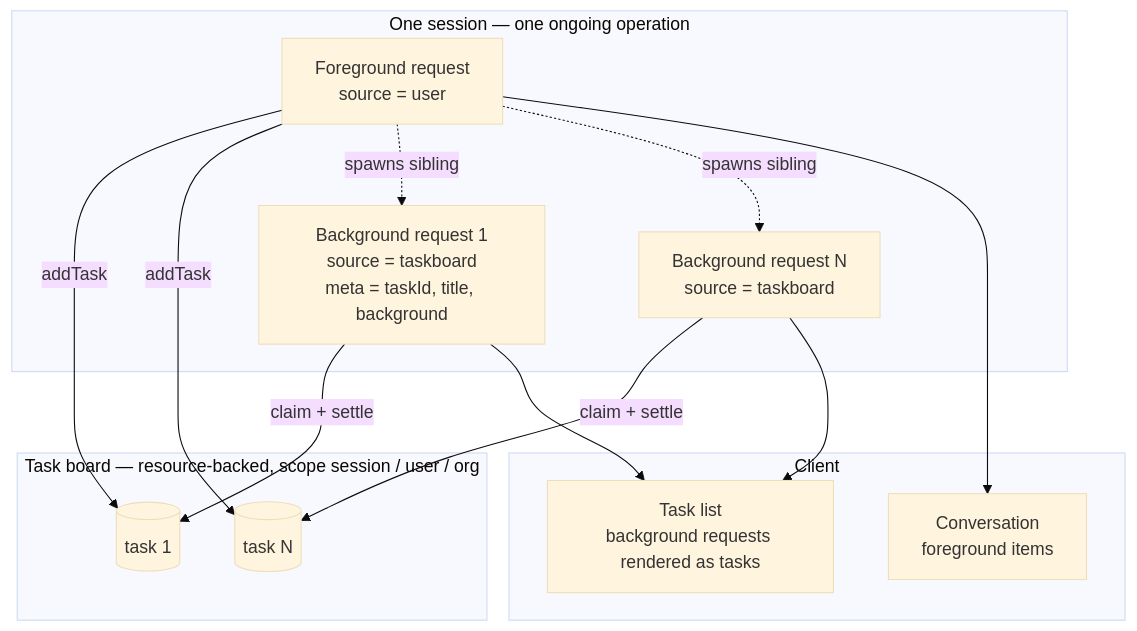
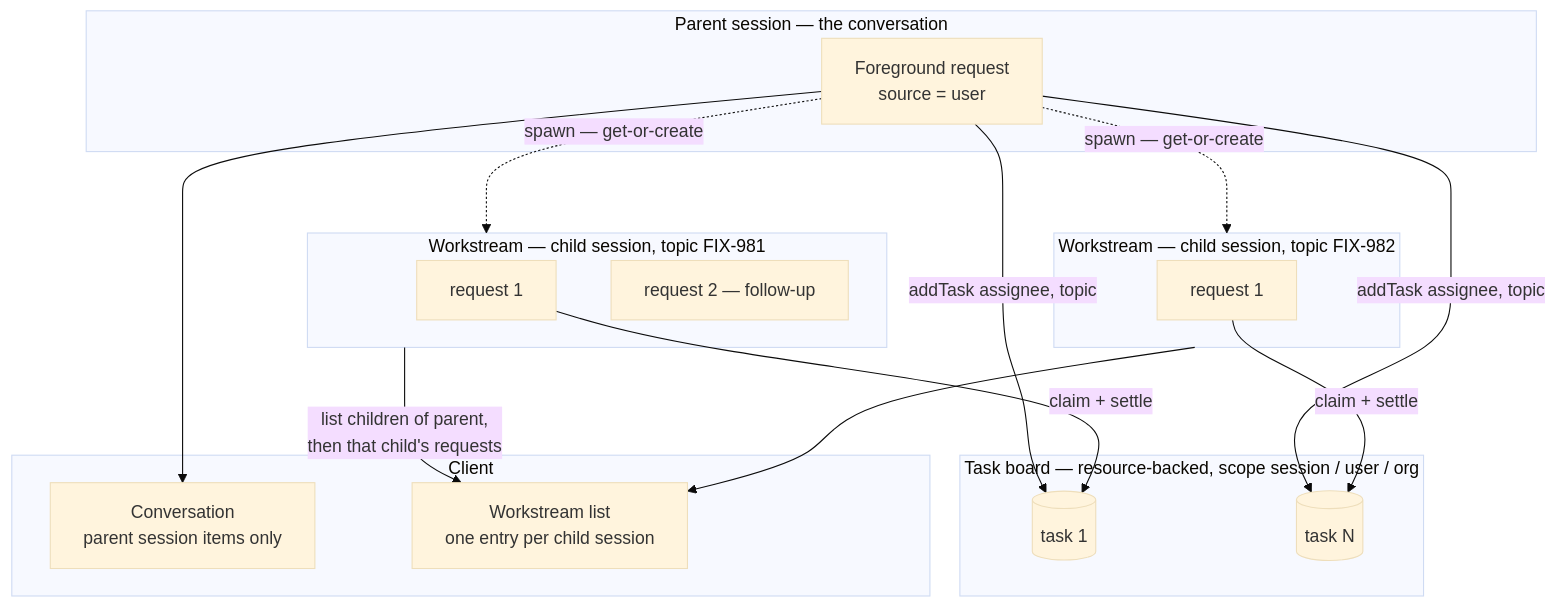
One commit to fixpoint-labs/flow-state-dev changed the second of 2 diagrams in docs/specs/_epics/durable-jobs.md. Above: the diagram before and after it, drawn with Mermaid (base theme). The commit also changed other lines of this file and 1 other file, not shown here.

````diff
--- a/docs/specs/_epics/durable-jobs.md
+++ b/docs/specs/_epics/durable-jobs.md
@@ -1036,25 +1050,30 @@
 ```mermaid
 flowchart TB
-  subgraph S["One session — one ongoing operation"]
+  subgraph S["Parent session — the conversation"]
     FG["Foreground request<br/>source = user"]
-    BG1["Background request 1<br/>source = taskboard<br/>meta = taskId, title, background"]
-    BGN["Background request N<br/>source = taskboard"]
+  end
+  subgraph W1["Workstream — child session, topic FIX-981"]
+    R1["request 1"]
+    R1B["request 2 — follow-up"]
+  end
+  subgraph WN["Workstream — child session, topic FIX-982"]
+    RN["request 1"]
   end
   subgraph BD["Task board — resource-backed, scope session / user / org"]
     T1[(task 1)]
     TN[(task N)]
   end
   subgraph UI["Client"]
-    CONV["Conversation<br/>foreground items"]
-    TASKS["Task list<br/>background requests rendered as tasks"]
+    CONV["Conversation<br/>parent session items only"]
+    TASKS["Workstream list<br/>one entry per child session"]
   end
-  FG -->|addTask| T1
-  FG -->|addTask| TN
-  FG -.->|spawns sibling| BG1
-  FG -.->|spawns sibling| BGN
-  BG1 -->|claim + settle| T1
-  BGN -->|claim + settle| TN
+  FG -->|addTask assignee, topic| T1
+  FG -->|addTask assignee, topic| TN
+  FG -.->|spawn — get-or-create| W1
+  FG -.->|spawn — get-or-create| WN
+  R1 -->|claim + settle| T1
+  RN -->|claim + settle| TN
   FG --> CONV
-  BG1 --> TASKS
-  BGN --> TASKS
+  W1 -->|list children of parent,<br/>then that child's requests| TASKS
+  WN --> TASKS
 ```
````
